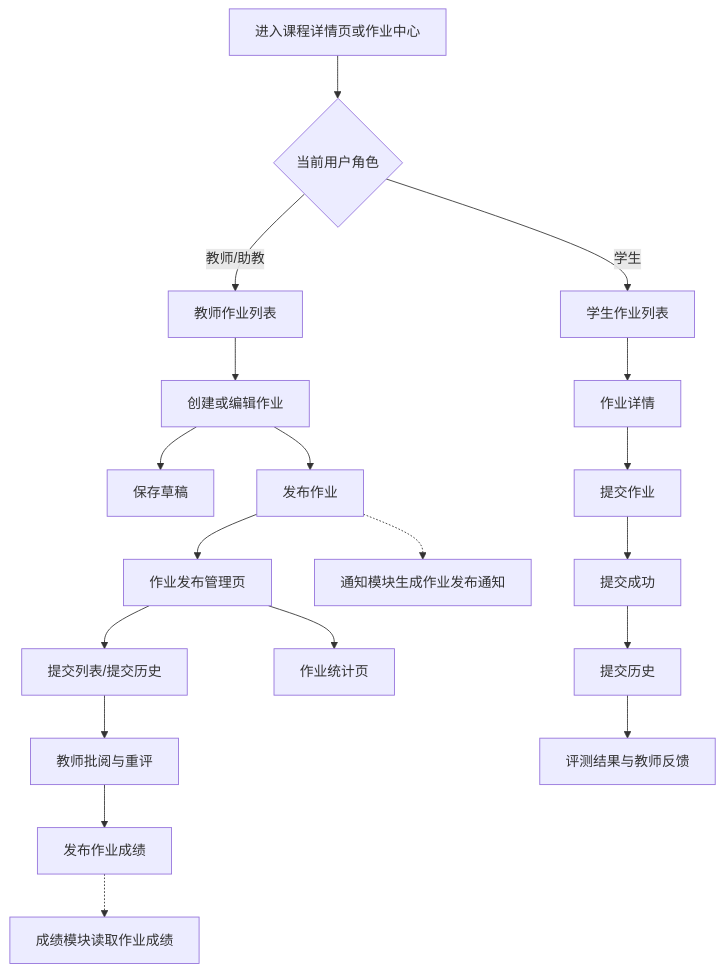
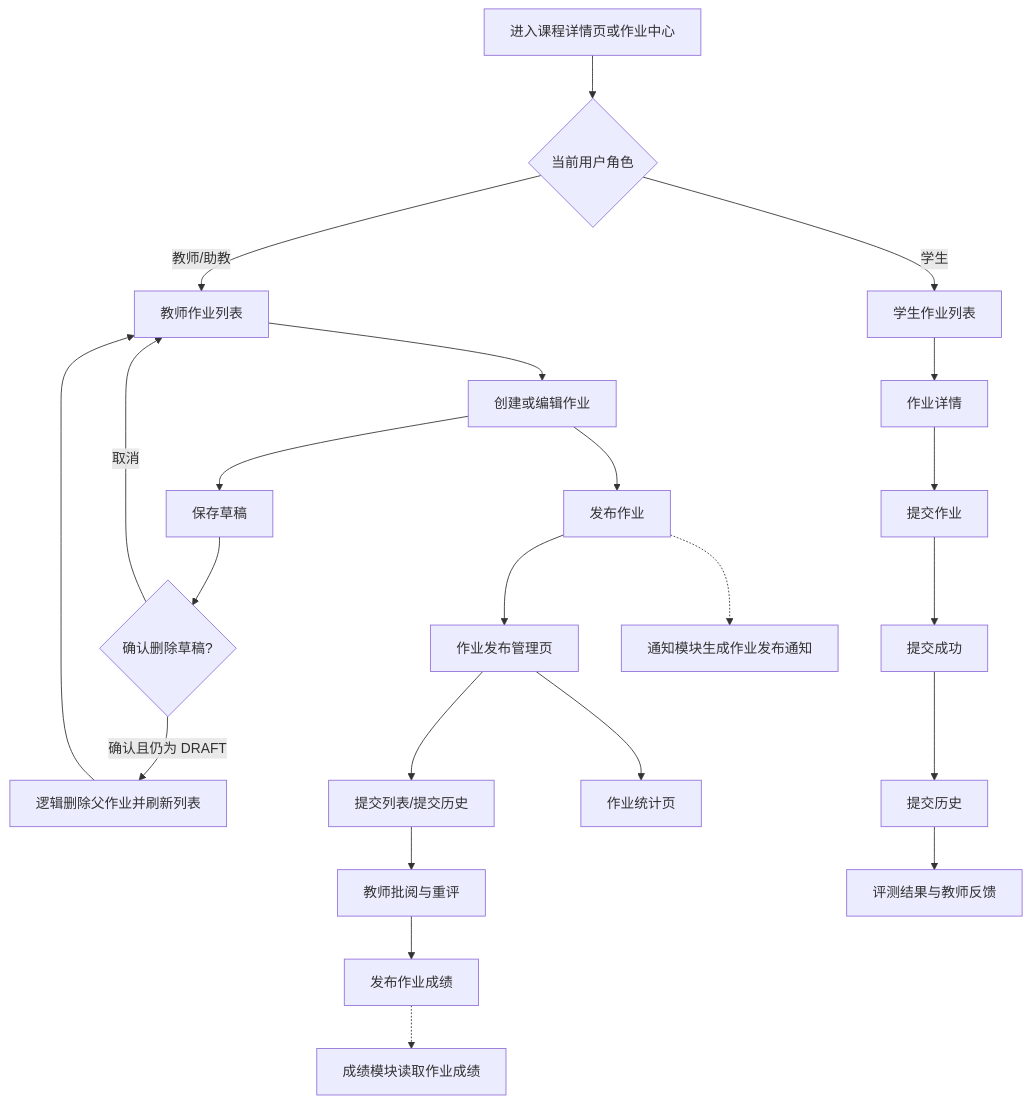
One commit to Cr4zyorange/OnlineJudge changed the tenth of 15 diagrams in docs/最终提交/软件概要设计说明书.md. Above: the diagram before and after it, drawn with Mermaid. The commit also changed other lines of this file and 17 other files, not shown here.

````diff
--- a/docs/最终提交/软件概要设计说明书.md
+++ b/docs/最终提交/软件概要设计说明书.md
@@ -1115,21 +1115,25 @@
 ```mermaid
 graph TD
     A[进入课程详情页或作业中心] --> B{当前用户角色}
     B -->|教师/助教| T1[教师作业列表]
     T1 --> T2[创建或编辑作业]
     T2 --> T3[保存草稿]
+    T3 --> T10{确认删除草稿?}
+    T10 -->|取消| T1
+    T10 -->|确认且仍为 DRAFT| T11[逻辑删除父作业并刷新列表]
+    T11 --> T1
     T2 --> T4[发布作业]
     T4 --> T5[作业发布管理页]
     T5 --> T6[提交列表/提交历史]
     T6 --> T7[教师批阅与重评]
     T5 --> T8[作业统计页]
     T7 --> T9[发布作业成绩]
     B -->|学生| S1[学生作业列表]
     S1 --> S2[作业详情]
     S2 --> S3[提交作业]
     S3 --> S4[提交成功]
     S4 --> S5[提交历史]
     S5 --> S6[评测结果与教师反馈]
     T4 -.-> N1[通知模块生成作业发布通知]
     T9 -.-> G1[成绩模块读取作业成绩]
 ```
````
